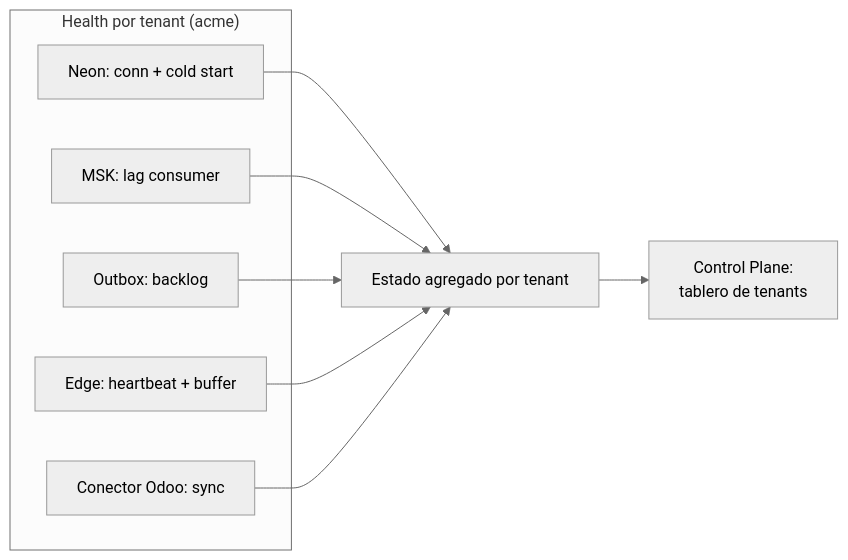
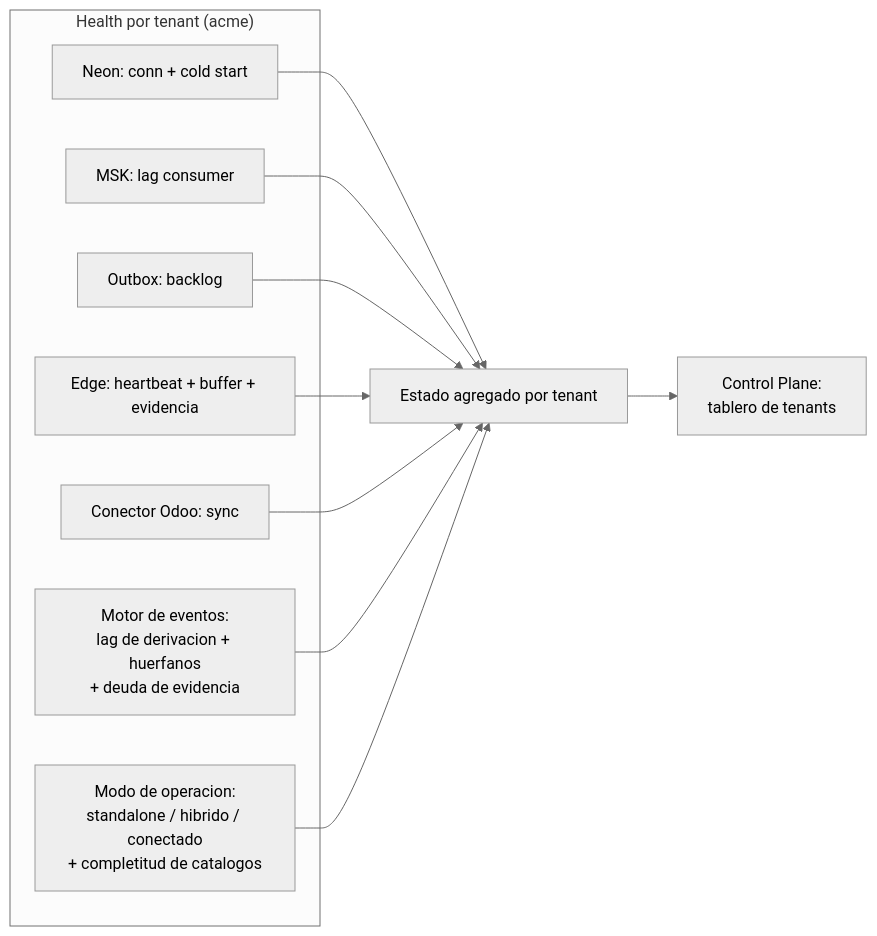
Before and after one commit to buttiepedro/mes: the second of 5 diagrams in docs/design/08-observability-ops.md, drawn with Mermaid (neutral theme). The commit also changed other lines of this file and 17 other files, not shown here.

````diff
--- a/docs/design/08-observability-ops.md
+++ b/docs/design/08-observability-ops.md
@@ -173,12 +188,14 @@
 ```mermaid
 flowchart LR
     subgraph T["Health por tenant (acme)"]
         N["Neon: conn + cold start"]
         K["MSK: lag consumer"]
         O["Outbox: backlog"]
-        E["Edge: heartbeat + buffer"]
+        E["Edge: heartbeat + buffer + evidencia"]
         C["Conector Odoo: sync"]
+        EE["Motor de eventos:\nlag de derivacion + huerfanos\n+ deuda de evidencia"]
+        MD["Modo de operacion:\nstandalone / hibrido / conectado\n+ completitud de catalogos"]
     end
-    N & K & O & E & C --> AGG["Estado agregado por tenant"]
+    N & K & O & E & C & EE & MD --> AGG["Estado agregado por tenant"]
     AGG --> CP["Control Plane:\ntablero de tenants"]
 ```
````
